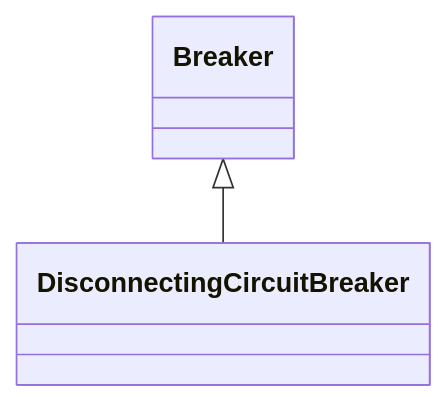
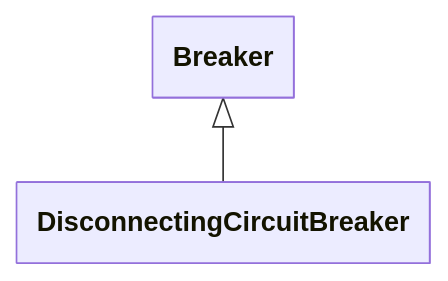
The diagram in pages/docs/Classes/DisconnectingCircuitBreaker.md (cim-cgmes/cim-cgmes.github.io), drawn with Mermaid before and after one commit. The commit also changed 561 other files, not shown here.

````diff
--- a/pages/docs/Classes/DisconnectingCircuitBreaker.md
+++ b/pages/docs/Classes/DisconnectingCircuitBreaker.md
@@ -7,4 +7,10 @@
 ```mermaid
+---
+  config:
+    class:
+      hideEmptyMembersBox: true
+---
 classDiagram
     Breaker <|-- DisconnectingCircuitBreaker
+    click Breaker href "Breaker"
 ```
````
